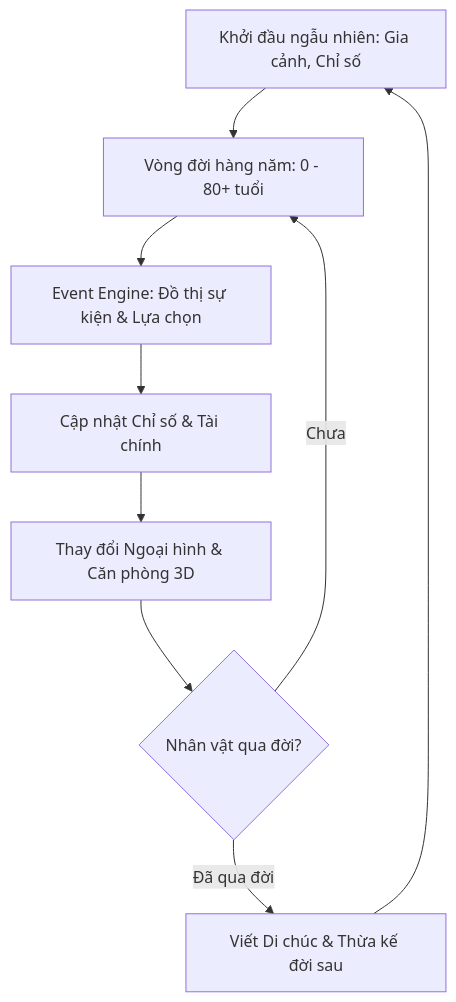
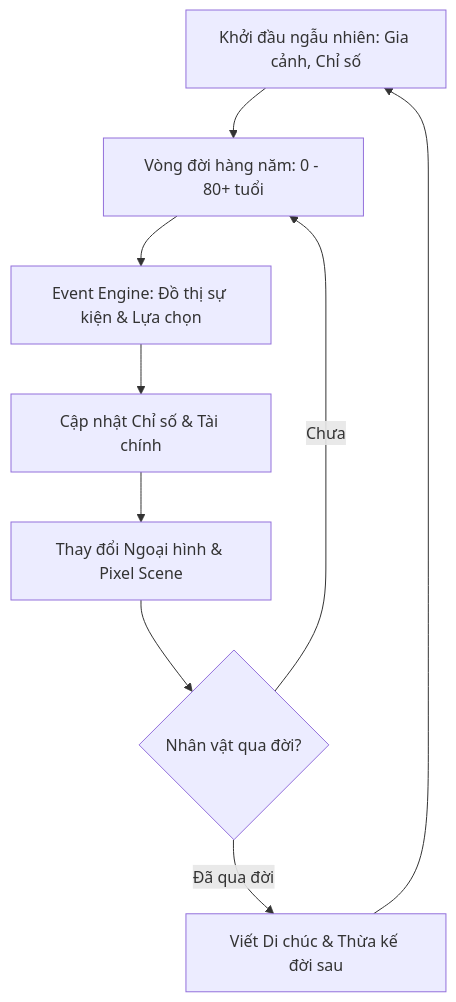
Before and after one commit to lukhachyaros/Zero-to-Billionaire-Simulator: the diagram in README.md, drawn with Mermaid. The commit also changed other lines of this file and 36 other files, not shown here.

````diff
--- a/README.md
+++ b/README.md
@@ -113,11 +111,11 @@
 ```mermaid
 flowchart TD
     A[Khởi đầu ngẫu nhiên: Gia cảnh, Chỉ số] --> B[Vòng đời hàng năm: 0 - 80+ tuổi]
     B --> C[Event Engine: Đồ thị sự kiện & Lựa chọn]
     C --> D[Cập nhật Chỉ số & Tài chính]
-    D --> E[Thay đổi Ngoại hình & Căn phòng 3D]
+    D --> E[Thay đổi Ngoại hình & Pixel Scene]
     E --> F{Nhân vật qua đời?}
     F -- Chưa --> B
     F -- Đã qua đời --> G[Viết Di chúc & Thừa kế đời sau]
     G --> A
 ```
````
